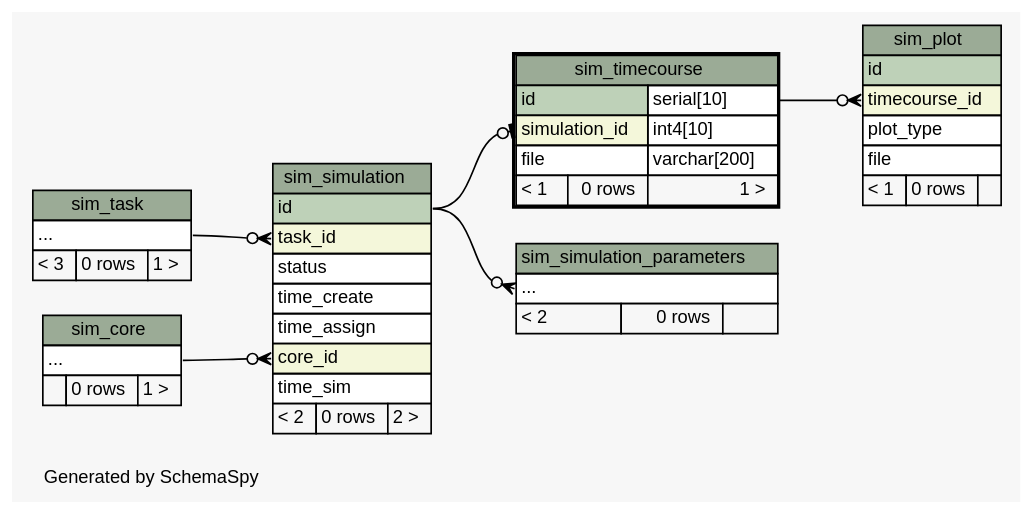
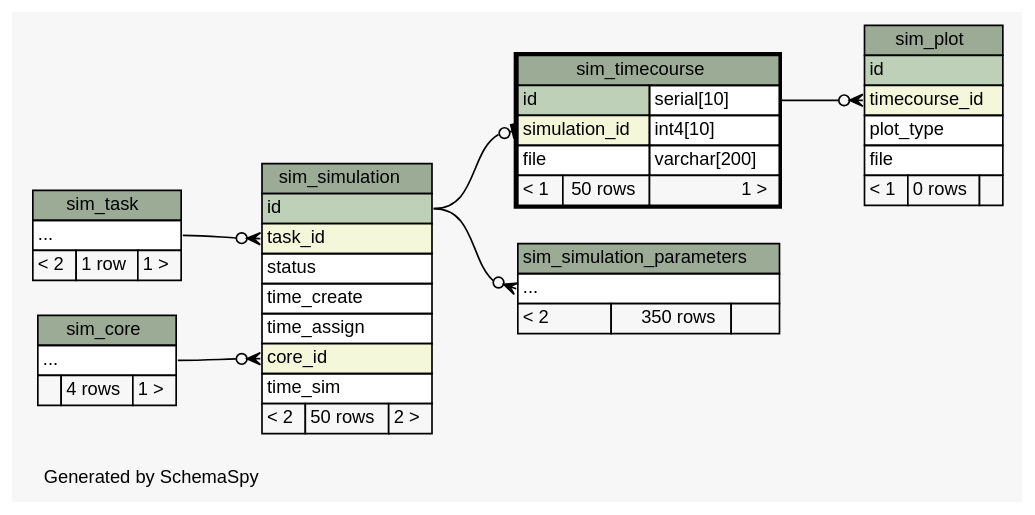
The diagram in database/schema/diagrams/sim_timecourse.2degrees.dot (jingyayeah/multiscale-galactose), drawn with Graphviz before and after one commit. The commit also changed 102 other files, not shown here.

Commit message:
Database schema updated

```diff
--- a/database/schema/diagrams/sim_timecourse.2degrees.dot
+++ b/database/schema/diagrams/sim_timecourse.2degrees.dot
@@ -1,98 +1,98 @@
 // dot 2.26.3 on Linux 3.11.0-12-generic
 // SchemaSpy rev 590
 digraph "twoDegreesRelationshipsDiagram" {
   graph [
     rankdir="RL"
     bgcolor="#f7f7f7"
     label="\nGenerated by SchemaSpy"
     labeljust="l"
     nodesep="0.18"
     ranksep="0.46"
     fontname="Helvetica"
     fontsize="11"
   ];
   node [
     fontname="Helvetica"
     fontsize="11"
     shape="plaintext"
   ];
   edge [
     arrowsize="0.8"
   ];
   "sim_plot":"timecourse_id":w -> "sim_timecourse":"id.type":e [arrowhead=none dir=back arrowtail=crowodot];
   "sim_simulation":"core_id":w -> "sim_core":"elipses":e [arrowhead=none dir=back arrowtail=crowodot];
   "sim_simulation":"task_id":w -> "sim_task":"elipses":e [arrowhead=none dir=back arrowtail=crowodot];
   "sim_simulation_parameters":"elipses":w -> "sim_simulation":"id":e [arrowhead=none dir=back arrowtail=crowodot];
   "sim_timecourse":"simulation_id":w -> "sim_simulation":"id":e [arrowhead=none dir=back arrowtail=teeodot];
   "sim_core" [
     label=<
     <TABLE BORDER="0" CELLBORDER="1" CELLSPACING="0" BGCOLOR="#ffffff">
       <TR><TD COLSPAN="3" BGCOLOR="#9bab96" ALIGN="CENTER">sim_core</TD></TR>
       <TR><TD PORT="elipses" COLSPAN="3" ALIGN="LEFT">...</TD></TR>
-      <TR><TD ALIGN="LEFT" BGCOLOR="#f7f7f7">  </TD><TD ALIGN="RIGHT" BGCOLOR="#f7f7f7">0 rows</TD><TD ALIGN="RIGHT" BGCOLOR="#f7f7f7">1 &gt;</TD></TR>
+      <TR><TD ALIGN="LEFT" BGCOLOR="#f7f7f7">  </TD><TD ALIGN="RIGHT" BGCOLOR="#f7f7f7">4 rows</TD><TD ALIGN="RIGHT" BGCOLOR="#f7f7f7">1 &gt;</TD></TR>
     </TABLE>>
     URL="sim_core.html"
     tooltip="sim_core"
   ];
   "sim_plot" [
     label=<
     <TABLE BORDER="0" CELLBORDER="1" CELLSPACING="0" BGCOLOR="#ffffff">
       <TR><TD COLSPAN="3" BGCOLOR="#9bab96" ALIGN="CENTER">sim_plot</TD></TR>
       <TR><TD PORT="id" COLSPAN="3" BGCOLOR="#bed1b8" ALIGN="LEFT">id</TD></TR>
       <TR><TD PORT="timecourse_id" COLSPAN="3" BGCOLOR="#f4f7da" ALIGN="LEFT">timecourse_id</TD></TR>
       <TR><TD PORT="plot_type" COLSPAN="3" ALIGN="LEFT">plot_type</TD></TR>
       <TR><TD PORT="file" COLSPAN="3" ALIGN="LEFT">file</TD></TR>
       <TR><TD ALIGN="LEFT" BGCOLOR="#f7f7f7">&lt; 1</TD><TD ALIGN="RIGHT" BGCOLOR="#f7f7f7">0 rows</TD><TD ALIGN="RIGHT" BGCOLOR="#f7f7f7">  </TD></TR>
     </TABLE>>
     URL="sim_plot.html"
     tooltip="sim_plot"
   ];
   "sim_simulation" [
     label=<
     <TABLE BORDER="0" CELLBORDER="1" CELLSPACING="0" BGCOLOR="#ffffff">
       <TR><TD COLSPAN="3" BGCOLOR="#9bab96" ALIGN="CENTER">sim_simulation</TD></TR>
       <TR><TD PORT="id" COLSPAN="3" BGCOLOR="#bed1b8" ALIGN="LEFT">id</TD></TR>
       <TR><TD PORT="task_id" COLSPAN="3" BGCOLOR="#f4f7da" ALIGN="LEFT">task_id</TD></TR>
       <TR><TD PORT="status" COLSPAN="3" ALIGN="LEFT">status</TD></TR>
       <TR><TD PORT="time_create" COLSPAN="3" ALIGN="LEFT">time_create</TD></TR>
       <TR><TD PORT="time_assign" COLSPAN="3" ALIGN="LEFT">time_assign</TD></TR>
       <TR><TD PORT="core_id" COLSPAN="3" BGCOLOR="#f4f7da" ALIGN="LEFT">core_id</TD></TR>
       <TR><TD PORT="time_sim" COLSPAN="3" ALIGN="LEFT">time_sim</TD></TR>
-      <TR><TD ALIGN="LEFT" BGCOLOR="#f7f7f7">&lt; 2</TD><TD ALIGN="RIGHT" BGCOLOR="#f7f7f7">0 rows</TD><TD ALIGN="RIGHT" BGCOLOR="#f7f7f7">2 &gt;</TD></TR>
+      <TR><TD ALIGN="LEFT" BGCOLOR="#f7f7f7">&lt; 2</TD><TD ALIGN="RIGHT" BGCOLOR="#f7f7f7">50 rows</TD><TD ALIGN="RIGHT" BGCOLOR="#f7f7f7">2 &gt;</TD></TR>
     </TABLE>>
     URL="sim_simulation.html"
     tooltip="sim_simulation"
   ];
   "sim_simulation_parameters" [
     label=<
     <TABLE BORDER="0" CELLBORDER="1" CELLSPACING="0" BGCOLOR="#ffffff">
       <TR><TD COLSPAN="3" BGCOLOR="#9bab96" ALIGN="CENTER">sim_simulation_parameters</TD></TR>
       <TR><TD PORT="elipses" COLSPAN="3" ALIGN="LEFT">...</TD></TR>
-      <TR><TD ALIGN="LEFT" BGCOLOR="#f7f7f7">&lt; 2</TD><TD ALIGN="RIGHT" BGCOLOR="#f7f7f7">0 rows</TD><TD ALIGN="RIGHT" BGCOLOR="#f7f7f7">  </TD></TR>
+      <TR><TD ALIGN="LEFT" BGCOLOR="#f7f7f7">&lt; 2</TD><TD ALIGN="RIGHT" BGCOLOR="#f7f7f7">350 rows</TD><TD ALIGN="RIGHT" BGCOLOR="#f7f7f7">  </TD></TR>
     </TABLE>>
     URL="sim_simulation_parameters.html"
     tooltip="sim_simulation_parameters"
   ];
   "sim_task" [
     label=<
     <TABLE BORDER="0" CELLBORDER="1" CELLSPACING="0" BGCOLOR="#ffffff">
       <TR><TD COLSPAN="3" BGCOLOR="#9bab96" ALIGN="CENTER">sim_task</TD></TR>
       <TR><TD PORT="elipses" COLSPAN="3" ALIGN="LEFT">...</TD></TR>
-      <TR><TD ALIGN="LEFT" BGCOLOR="#f7f7f7">&lt; 3</TD><TD ALIGN="RIGHT" BGCOLOR="#f7f7f7">0 rows</TD><TD ALIGN="RIGHT" BGCOLOR="#f7f7f7">1 &gt;</TD></TR>
+      <TR><TD ALIGN="LEFT" BGCOLOR="#f7f7f7">&lt; 2</TD><TD ALIGN="RIGHT" BGCOLOR="#f7f7f7">1 row</TD><TD ALIGN="RIGHT" BGCOLOR="#f7f7f7">1 &gt;</TD></TR>
     </TABLE>>
     URL="sim_task.html"
     tooltip="sim_task"
   ];
   "sim_timecourse" [
     label=<
     <TABLE BORDER="2" CELLBORDER="1" CELLSPACING="0" BGCOLOR="#ffffff">
       <TR><TD COLSPAN="3" BGCOLOR="#9bab96" ALIGN="CENTER">sim_timecourse</TD></TR>
       <TR><TD PORT="id" COLSPAN="2" BGCOLOR="#bed1b8" ALIGN="LEFT">id</TD><TD PORT="id.type" ALIGN="LEFT">serial[10]</TD></TR>
       <TR><TD PORT="simulation_id" COLSPAN="2" BGCOLOR="#f4f7da" ALIGN="LEFT">simulation_id</TD><TD PORT="simulation_id.type" ALIGN="LEFT">int4[10]</TD></TR>
       <TR><TD PORT="file" COLSPAN="2" ALIGN="LEFT">file</TD><TD PORT="file.type" ALIGN="LEFT">varchar[200]</TD></TR>
-      <TR><TD ALIGN="LEFT" BGCOLOR="#f7f7f7">&lt; 1</TD><TD ALIGN="RIGHT" BGCOLOR="#f7f7f7">0 rows</TD><TD ALIGN="RIGHT" BGCOLOR="#f7f7f7">1 &gt;</TD></TR>
+      <TR><TD ALIGN="LEFT" BGCOLOR="#f7f7f7">&lt; 1</TD><TD ALIGN="RIGHT" BGCOLOR="#f7f7f7">50 rows</TD><TD ALIGN="RIGHT" BGCOLOR="#f7f7f7">1 &gt;</TD></TR>
     </TABLE>>
     URL="sim_timecourse.html"
     tooltip="sim_timecourse"
   ];
 }
```
